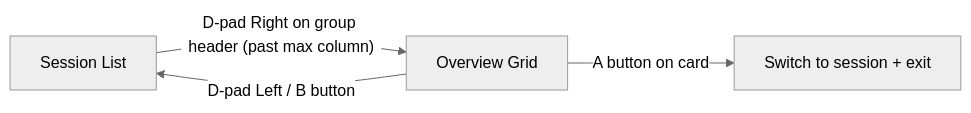
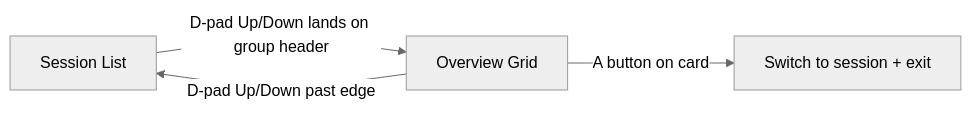
The first of 2 diagrams in docs/group-overview.md (PetePeter/gamepad-cli-hub), drawn with Mermaid (neutral theme) before and after one commit. The commit also changed other lines of this file and 7 other files, not shown here.

First line of the commit message:
feat: auto-open overview when navigating to group header

````diff
--- a/docs/group-overview.md
+++ b/docs/group-overview.md
@@ -11,6 +11,6 @@
 ```mermaid
 flowchart LR
-    A[Session List] -->|"D-pad Right on group header (past max column)"| B[Overview Grid]
-    B -->|"D-pad Left / B button"| A
+    A[Session List] -->|"D-pad Up/Down lands on group header"| B[Overview Grid]
+    B -->|"D-pad Up/Down past edge"| A
     B -->|"A button on card"| C[Switch to session + exit]
 ```
````
